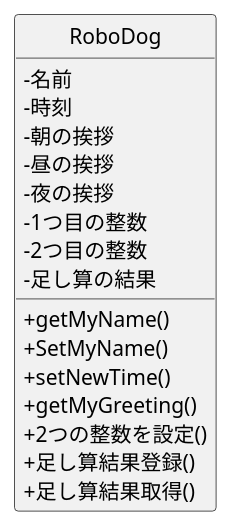
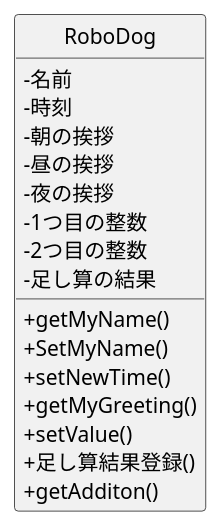
One commit to ri1002/ohara_uml changed the diagram in 06_robo_dog/class.pu. Above: the diagram before and after it, drawn with PlantUML. The commit also changed 3 other files, not shown here.

```diff
--- a/06_robo_dog/class.pu
+++ b/06_robo_dog/class.pu
@@ -1,24 +1,24 @@
 @startuml Robodogクラス図
 skinparam classAttributeIconSize 0
 hide circle
 
 class RoboDog {
  -名前
  -時刻
  -朝の挨拶
  -昼の挨拶
  -夜の挨拶
  -1つ目の整数
  -2つ目の整数
  -足し算の結果
 
  +getMyName()
  +SetMyName()
  +setNewTime()
  +getMyGreeting()
- +2つの整数を設定()
+ +setValue()
  +足し算結果登録()
- +足し算結果取得()
+ +getAdditon()
 }
 
 @enduml
```
